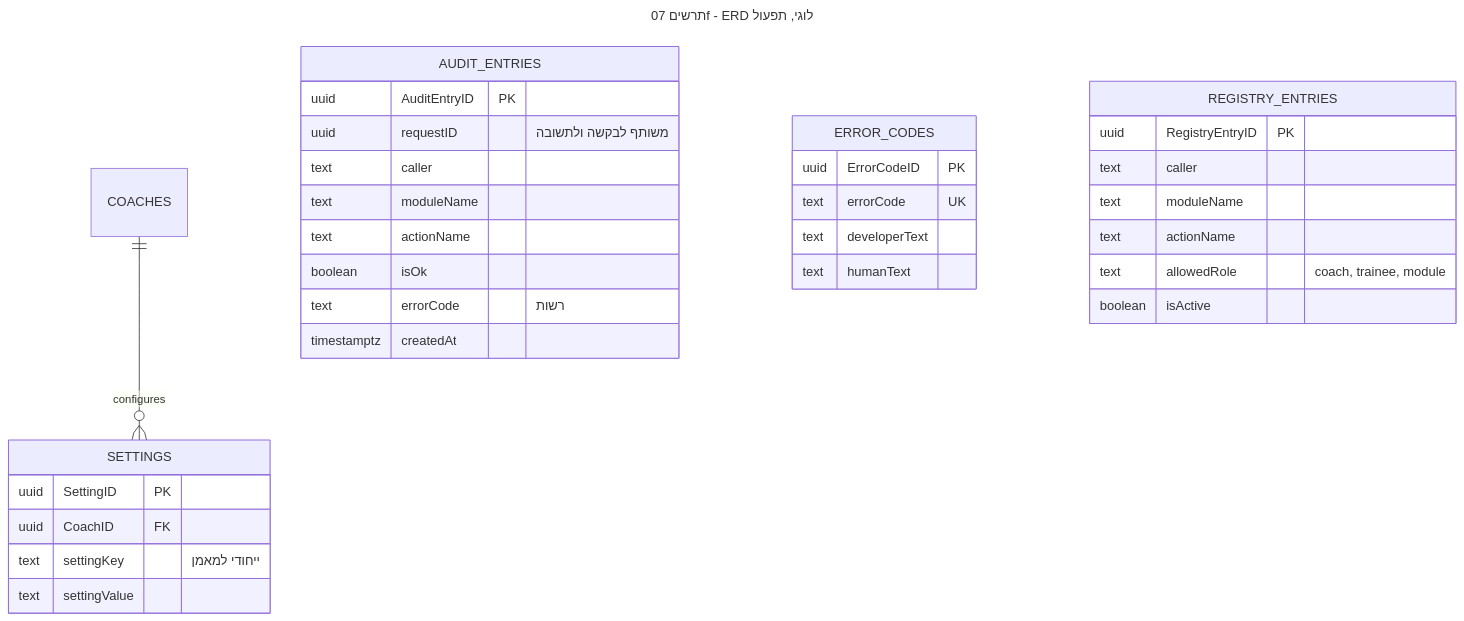
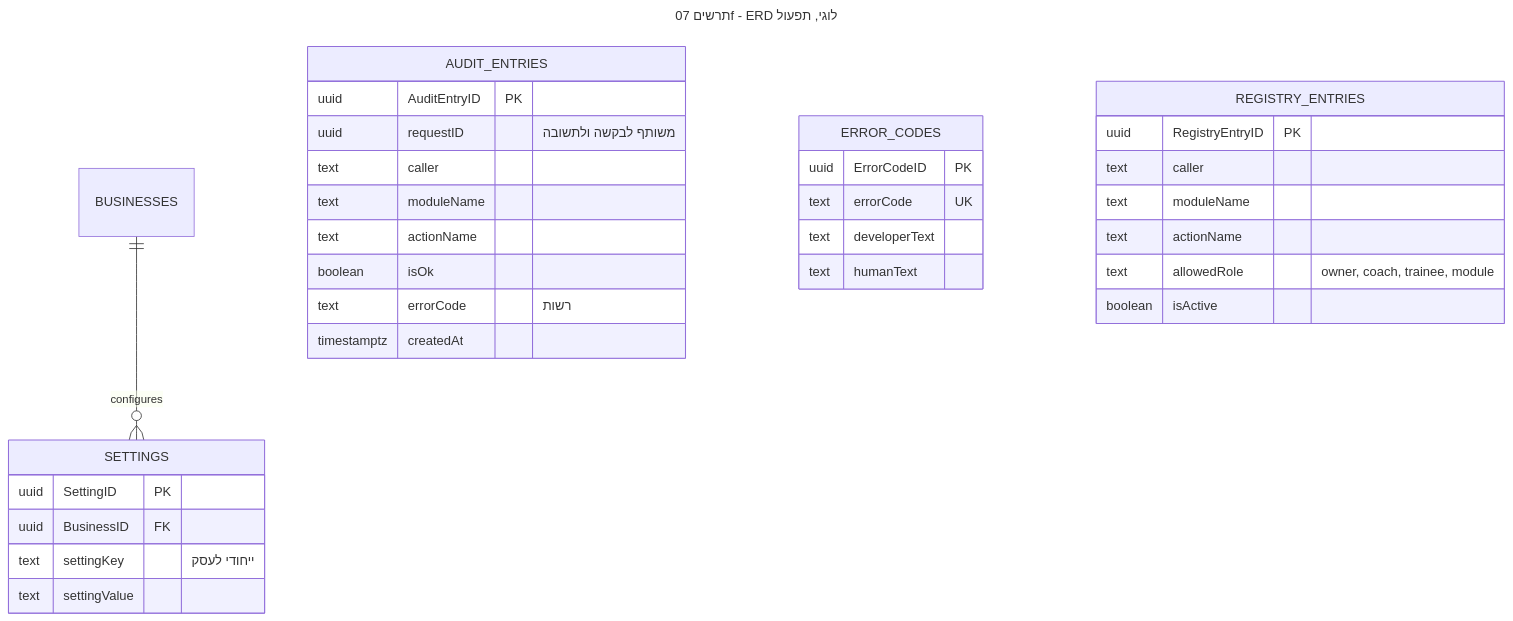
The diagram in project-docs/mermaid/diagram-07f-operations.mmd (Sharpop30/fitness-app), drawn with Mermaid before and after one commit. The commit also changed 37 other files, not shown here.

First line of the commit message:
Business owner approved: path B documents in place

```diff
--- a/project-docs/mermaid/diagram-07f-operations.mmd
+++ b/project-docs/mermaid/diagram-07f-operations.mmd
@@ -1,35 +1,35 @@
 ---
 title: תרשים 07f - ERD לוגי, תפעול
 ---
 erDiagram
-    COACHES ||--o{ SETTINGS : configures
+    BUSINESSES ||--o{ SETTINGS : configures
     AUDIT_ENTRIES {
         uuid AuditEntryID PK
         uuid requestID "משותף לבקשה ולתשובה"
         text caller
         text moduleName
         text actionName
         boolean isOk
         text errorCode "רשות"
         timestamptz createdAt
     }
     SETTINGS {
         uuid SettingID PK
-        uuid CoachID FK
-        text settingKey "ייחודי למאמן"
+        uuid BusinessID FK
+        text settingKey "ייחודי לעסק"
         text settingValue
     }
     ERROR_CODES {
         uuid ErrorCodeID PK
         text errorCode UK
         text developerText
         text humanText
     }
     REGISTRY_ENTRIES {
         uuid RegistryEntryID PK
         text caller
         text moduleName
         text actionName
-        text allowedRole "coach, trainee, module"
+        text allowedRole "owner, coach, trainee, module"
         boolean isActive
     }
```
